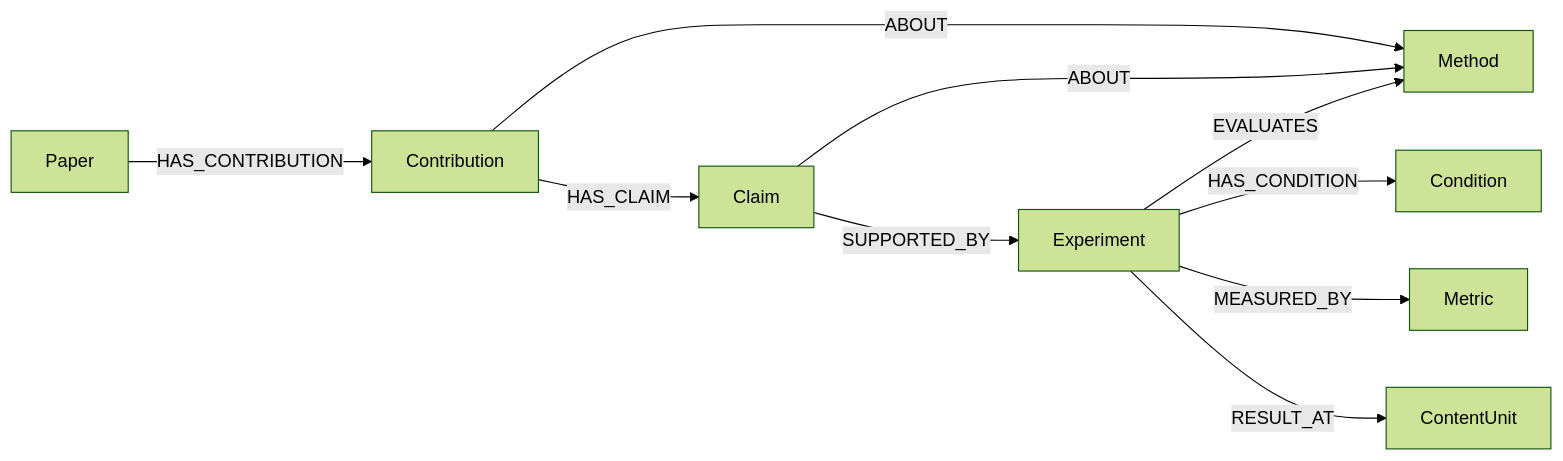
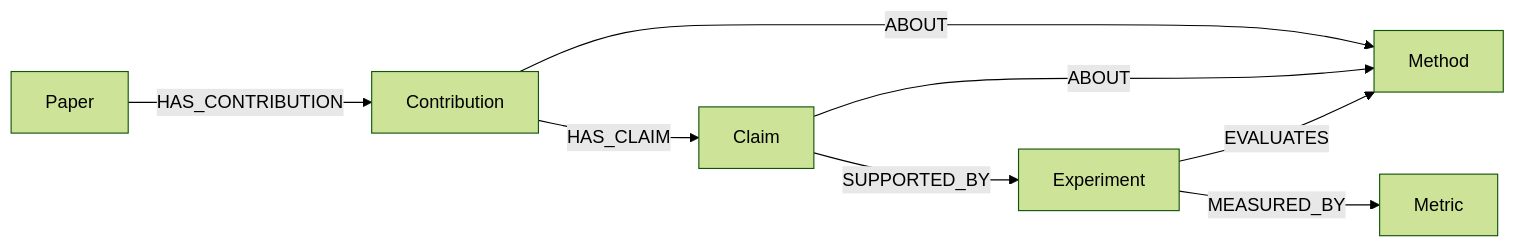
The first of 3 diagrams in docs/designs/graph_model.md (ArcadiaLin/CachePlan), drawn with Mermaid (forest theme) before and after one commit. The commit also changed other lines of this file and 2 other files, not shown here.

First line of the commit message:
data model: remove Condition and ContentUnit

````diff
--- a/docs/designs/graph_model.md
+++ b/docs/designs/graph_model.md
@@ -557,12 +526,10 @@
 ```mermaid
 graph LR
     P[Paper] -->|HAS_CONTRIBUTION| C[Contribution]
     C -->|ABOUT| M[Method]
     C -->|HAS_CLAIM| CL[Claim]
     CL -->|ABOUT| M
     CL -->|SUPPORTED_BY| E[Experiment]
     E -->|EVALUATES| M
-    E -->|HAS_CONDITION| CO[Condition]
     E -->|MEASURED_BY| ME[Metric]
-    E -->|RESULT_AT| CU[ContentUnit]
 ```
````
